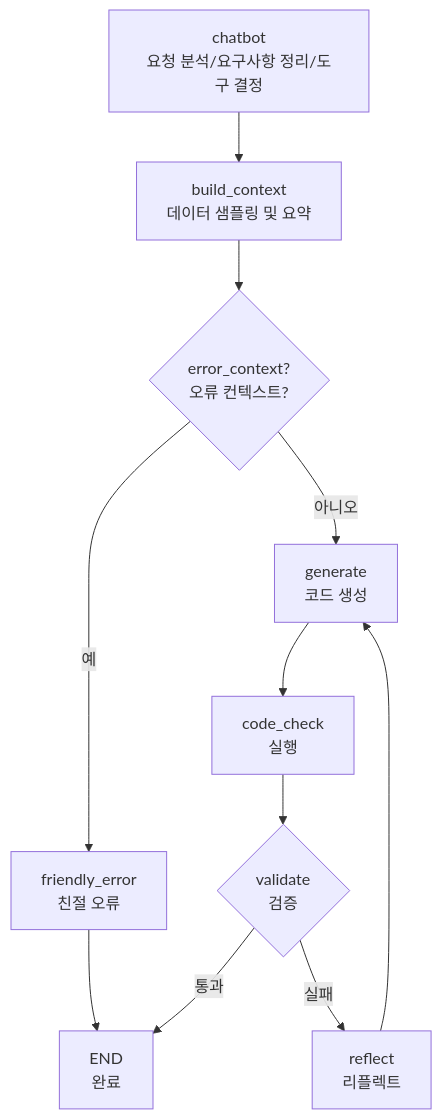
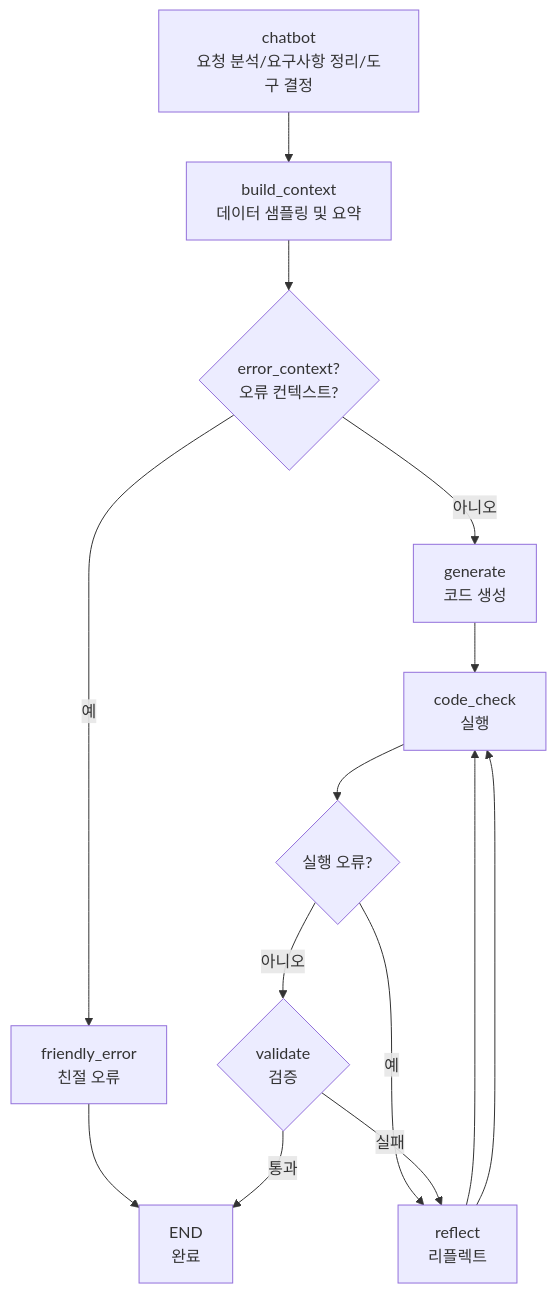
Before and after one commit to sonsukwoo/Data_preprocessing_auto: the second of 3 diagrams in README.md, drawn with Mermaid.

````diff
--- a/README.md
+++ b/README.md
@@ -117,11 +117,13 @@
 ```mermaid
 flowchart TD
   B[chatbot<br/>요청 분석/요구사항 정리/도구 결정] --> C[build_context<br/>데이터 샘플링 및 요약]
   C --> D{error_context?<br/>오류 컨텍스트?}
   D -->|예| X[friendly_error<br/>친절 오류] --> H[END<br/>완료]
   D -->|아니오| E[generate<br/>코드 생성]
   E --> F[code_check<br/>실행]
-  F --> G{validate<br/>검증}
+  F --> FE{실행 오류?}
+  FE -->|예| R[reflect<br/>리플렉트] --> F
+  FE -->|아니오| G{validate<br/>검증}
   G -->|통과| H
-  G -->|실패| R[reflect<br/>리플렉트] --> E
+  G -->|실패| R --> F
 ```
````
